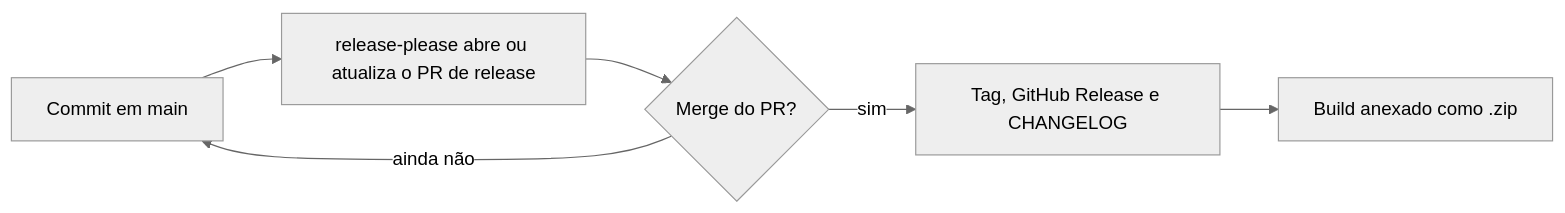
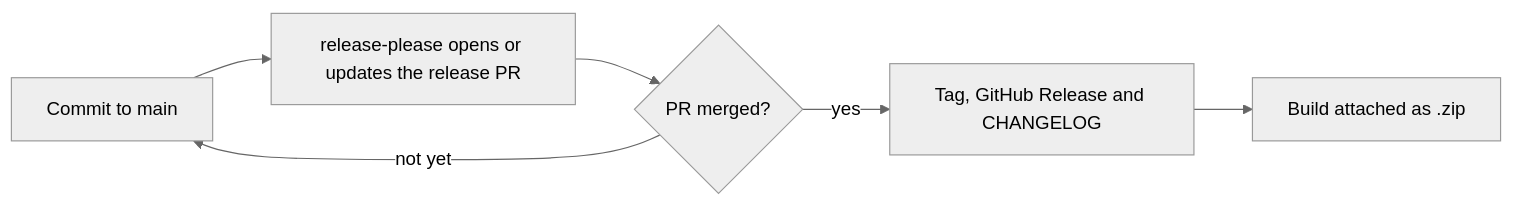
Before and after one commit to akanyane/dead-pixel: the second of 2 diagrams in README.md, drawn with Mermaid (neutral theme). The commit also changed other lines of this file and 20 other files, not shown here.

````diff
--- a/README.md
+++ b/README.md
@@ -432,8 +432,8 @@
 ```mermaid
 flowchart LR
-    A[Commit em main] --> B[release-please abre ou atualiza o PR de release]
-    B --> C{Merge do PR?}
-    C -- ainda não --> A
-    C -- sim --> D[Tag, GitHub Release e CHANGELOG]
-    D --> E[Build anexado como .zip]
+    A[Commit to main] --> B[release-please opens or updates the release PR]
+    B --> C{PR merged?}
+    C -- not yet --> A
+    C -- yes --> D[Tag, GitHub Release and CHANGELOG]
+    D --> E[Build attached as .zip]
 ```
````
